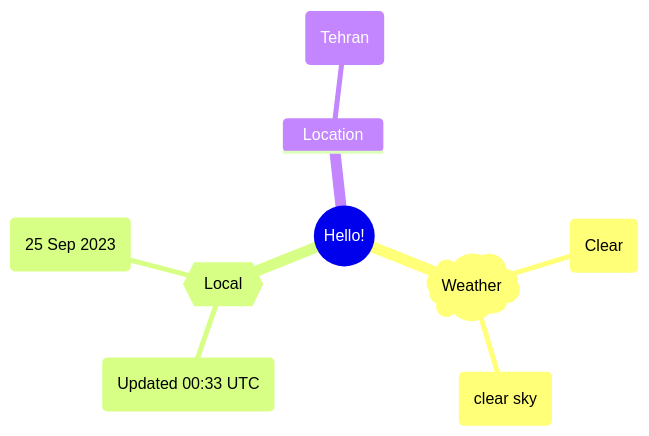
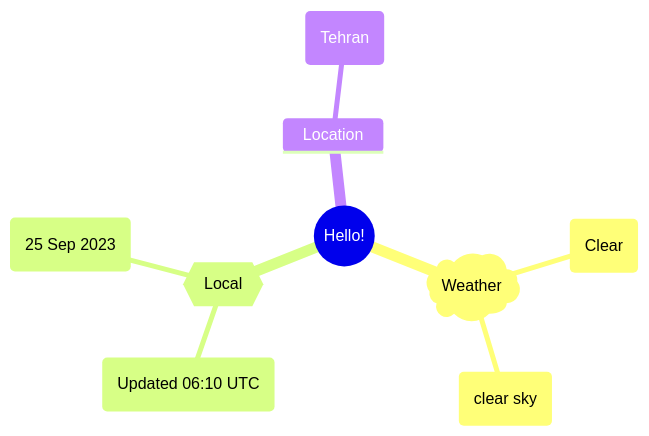
One commit to Xosrov/Xosrov changed the first of 2 diagrams in README.md. Above: the diagram before and after it, drawn with Mermaid.

Commit message:
[bot] updated images

````diff
--- a/README.md
+++ b/README.md
@@ -3,12 +3,12 @@
 ```mermaid
 mindmap
   root((Hello!))
     )Weather(
         (Clear)
         (clear sky)
     {{Local}}
-        (Updated 00:33 UTC)
+        (Updated 06:10 UTC)
         (25 Sep 2023)
     Location
         (Tehran)
 ```
````
